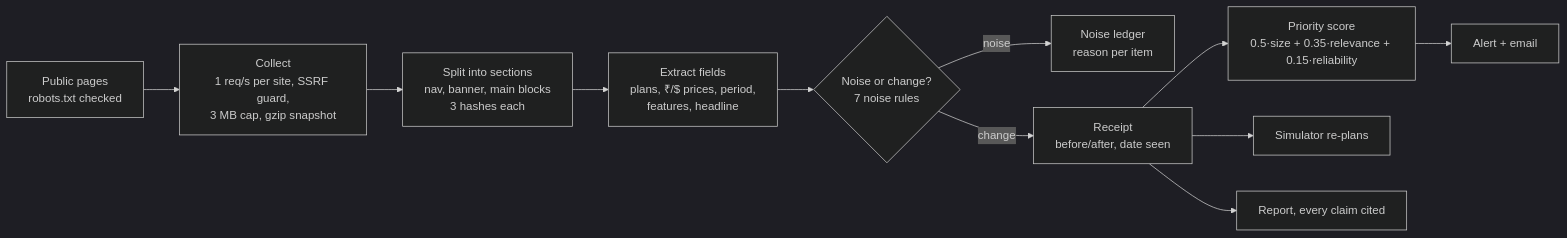
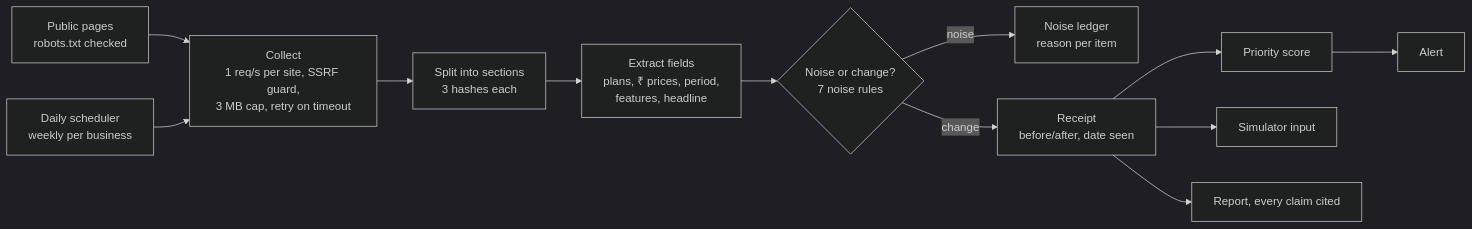
Before and after one commit to Niranjan-cyber/rivallens: the second of 5 diagrams in docs/deck/PPT-CONTENT.md, drawn with Mermaid (dark theme). The commit also changed other lines of this file and 1 other file, not shown here.

Commit message:
Deck content updated for the final version; finalVersion.md: features, what's real, limits, architecture, stack, major files

````diff
--- a/docs/deck/PPT-CONTENT.md
+++ b/docs/deck/PPT-CONTENT.md
@@ -114,13 +120,14 @@
 ```mermaid
 flowchart LR
-  S[Public pages<br/>robots.txt checked] --> C[Collect<br/>1 req/s per site, SSRF guard,<br/>3 MB cap, gzip snapshot]
-  C --> X[Split into sections<br/>nav, banner, main blocks<br/>3 hashes each]
-  X --> E[Extract fields<br/>plans, ₹/$ prices, period,<br/>features, headline]
+  S[Public pages<br/>robots.txt checked] --> C[Collect<br/>1 req/s per site, SSRF guard,<br/>3 MB cap, retry on timeout]
+  C --> X[Split into sections<br/>3 hashes each]
+  X --> E[Extract fields<br/>plans, ₹ prices, period,<br/>features, headline]
   E --> N{Noise or change?<br/>7 noise rules}
   N -- noise --> L[Noise ledger<br/>reason per item]
   N -- change --> R[Receipt<br/>before/after, date seen]
-  R --> P[Priority score<br/>0.5·size + 0.35·relevance + 0.15·reliability]
-  P --> A[Alert + email]
-  R --> SIM[Simulator re-plans]
+  R --> P[Priority score]
+  P --> A[Alert]
+  R --> SIM[Simulator input]
   R --> REP[Report, every claim cited]
+  CRON[Daily scheduler<br/>weekly per business] --> C
 ```
````
